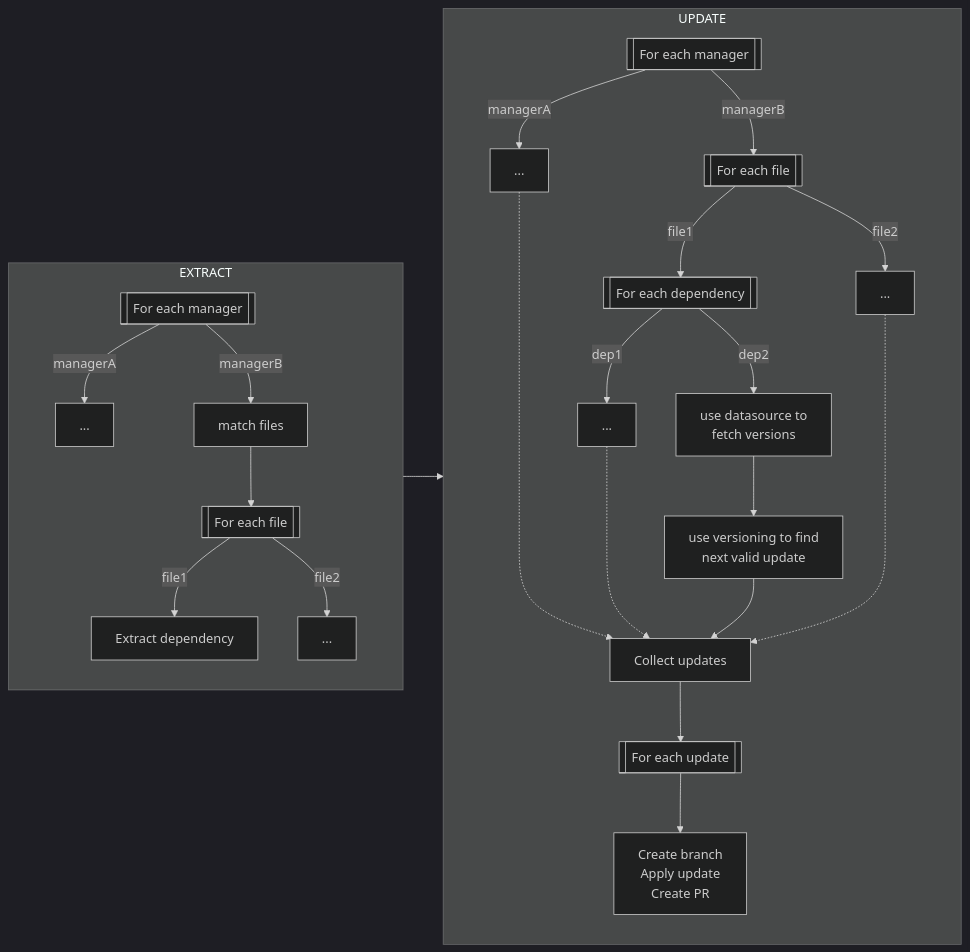
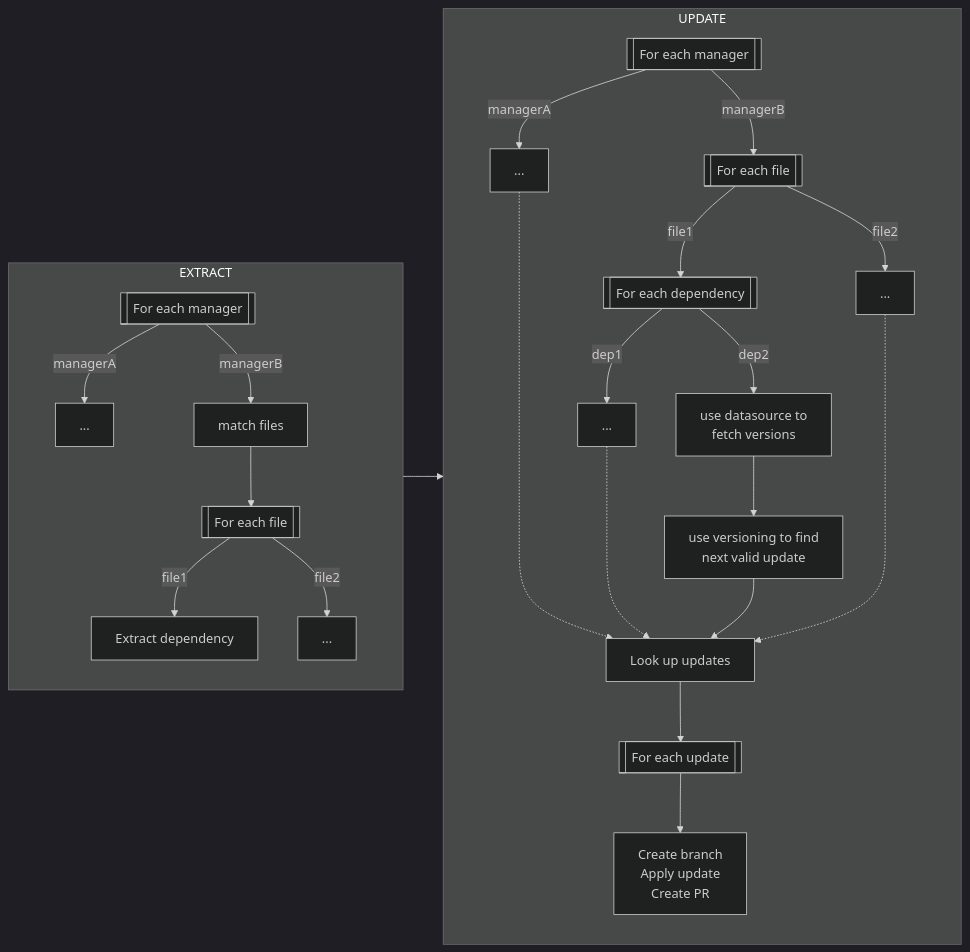
One commit to renovatebot/renovate changed the first of 2 diagrams in docs/usage/key-concepts/how-renovate-works.md. Above: the diagram before and after it, drawn with Mermaid (dark theme).

Commit message:
suggestions

````diff
--- a/docs/usage/key-concepts/how-renovate-works.md
+++ b/docs/usage/key-concepts/how-renovate-works.md
@@ -47,43 +47,43 @@
 ```mermaid
 flowchart LR
   subgraph EXTRACT
     direction TB
     CC[[For each manager]]
     CC -->|managerA| CD["..."]
     CC -->|managerB| CCF["match files"]
 
     CCF --> CFEF[[For each file]]
 
     CFEF -->|file1| CCD1[Extract dependency]
     CFEF -->|file2| CCD2[...]
   end
 
   subgraph UPDATE
     direction TB
 
     UC[[For each manager]]
     UC -->|managerA| UD["..."]
     UC -->|managerB| UFEF[[For each file]]
 
     UFEF -->|file1| FED[[For each dependency]]
     UFEF -->|file2| FED2[...]
 
 
     FED -->|dep1| D1[...]
     D1 -..-> CU
     FED -->|dep2| D2[use datasource to\n fetch versions]
     D2 --> J[use versioning to find \n next valid update]
 
     FED2 -...-> CU
 
     UD -....-> CU
-    J --> CU[Collect updates]
+    J --> CU[Look up updates]
 
     CU --> FEU[[For each update]]
 
     FEU --> AU[Create branch\nApply update\nCreate PR]
 
   end
 
   EXTRACT --> UPDATE
 ```
````
